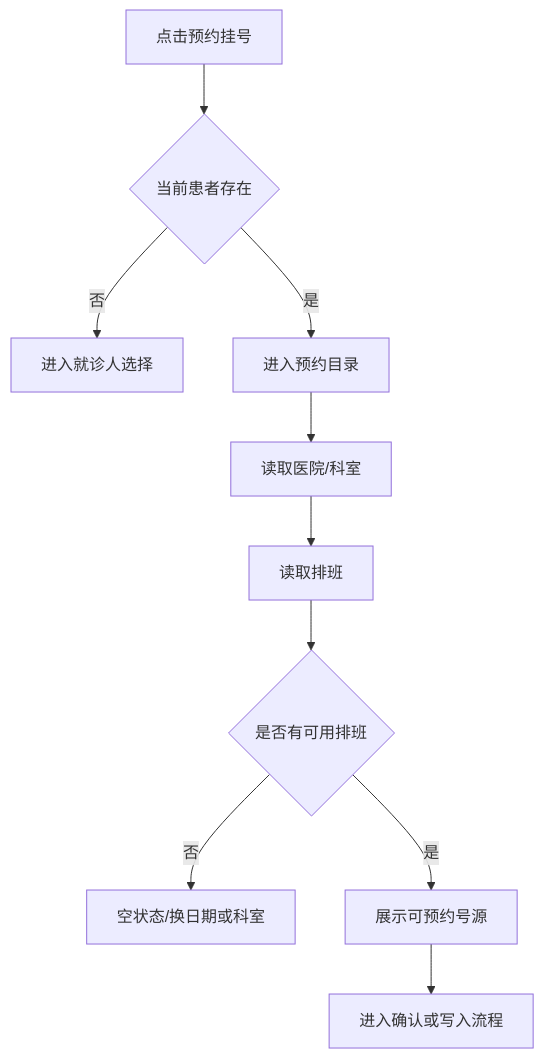
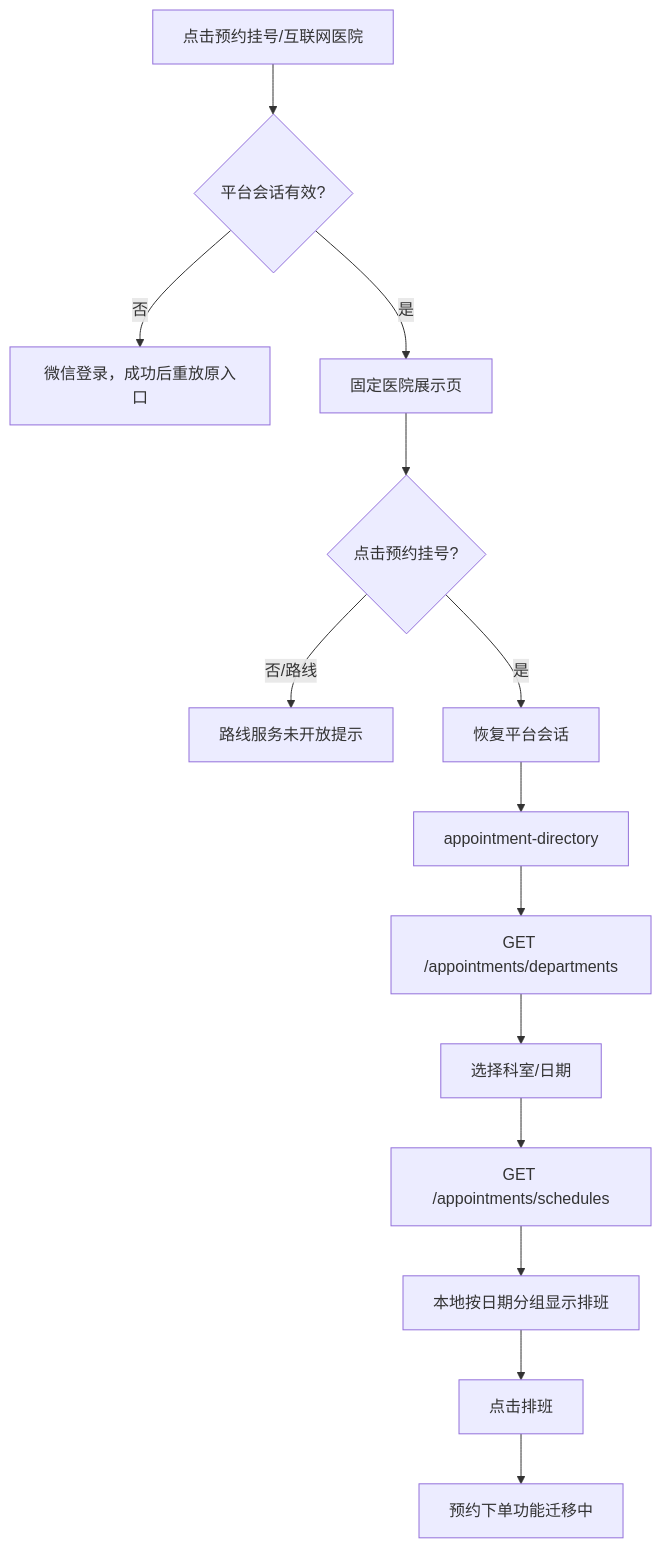
Before and after one commit to puzzle-fuzzy/hospital-platform: the diagram in docs/obsidian/02-功能详情/首页-预约挂号.md, drawn with Mermaid. The commit also changed other lines of this file and 38 other files, not shown here.

````diff
--- a/docs/obsidian/02-功能详情/首页-预约挂号.md
+++ b/docs/obsidian/02-功能详情/首页-预约挂号.md
@@ -16,12 +16,16 @@
 ```mermaid
 flowchart TD
-    A[点击预约挂号] --> B{当前患者存在}
-    B -- 否 --> C[进入就诊人选择]
-    B -- 是 --> D[进入预约目录]
-    D --> E[读取医院/科室]
-    E --> F[读取排班]
-    F --> G{是否有可用排班}
-    G -- 否 --> H[空状态/换日期或科室]
-    G -- 是 --> I[展示可预约号源]
-    I --> J[进入确认或写入流程]
+    A[点击预约挂号/互联网医院] --> B{平台会话有效?}
+    B -- 否 --> C[微信登录，成功后重放原入口]
+    B -- 是 --> D[固定医院展示页]
+    D --> E{点击预约挂号?}
+    E -- 否/路线 --> F[路线服务未开放提示]
+    E -- 是 --> G[恢复平台会话]
+    G --> H[appointment-directory]
+    H --> I[GET /appointments/departments]
+    I --> J[选择科室/日期]
+    J --> K[GET /appointments/schedules]
+    K --> L[本地按日期分组显示排班]
+    L --> M[点击排班]
+    M --> N[预约下单功能迁移中]
 ```
````
